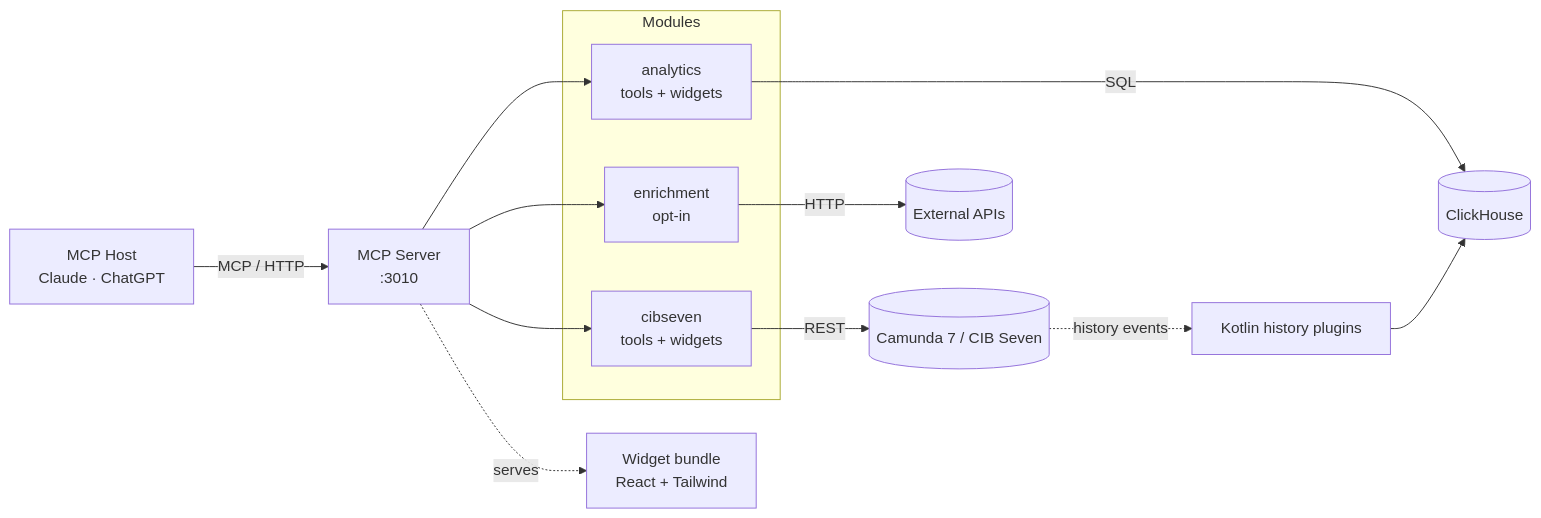
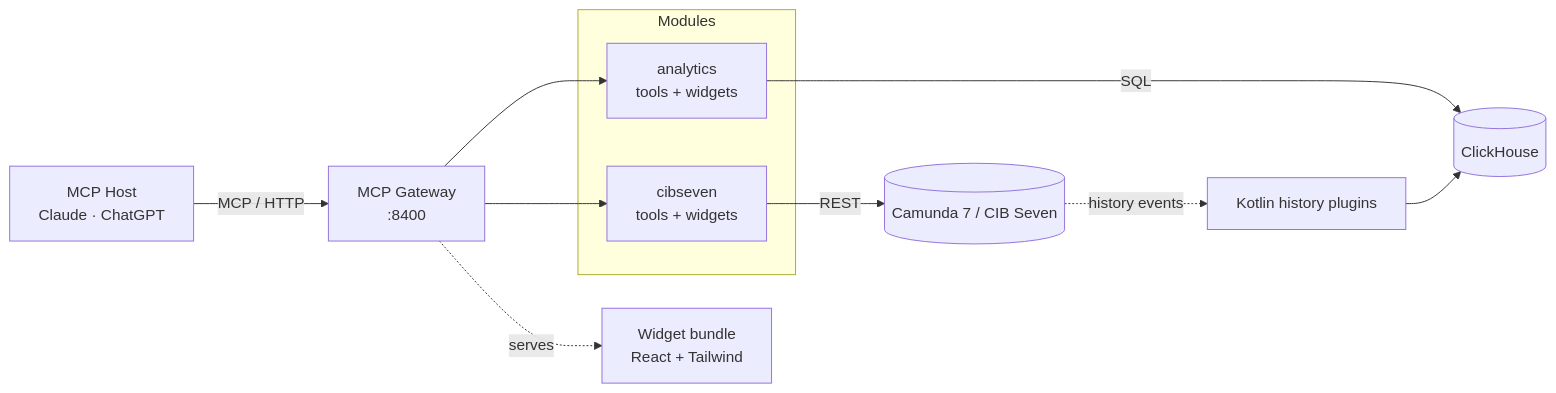
Before and after one commit to Miragon/miragon-ai: the diagram in docs/architecture.md, drawn with Mermaid. The commit also changed other lines of this file and 334 other files, not shown here.

````diff
--- a/docs/architecture.md
+++ b/docs/architecture.md
@@ -10,23 +10,20 @@
 ```mermaid
 flowchart LR
-  Host[MCP Host<br/>Claude · ChatGPT] -->|MCP / HTTP| Server[MCP Server<br/>:3010]
+  Host[MCP Host<br/>Claude · ChatGPT] -->|MCP / HTTP| Server[MCP Gateway<br/>:8400]
 
   subgraph Modules
     Cibseven[cibseven<br/>tools + widgets]
     Analytics[analytics<br/>tools + widgets]
-    Enrichment[enrichment<br/>opt-in]
   end
 
   Server --> Cibseven
   Server --> Analytics
-  Server --> Enrichment
 
   Cibseven -->|REST| Engine[(Camunda 7 / CIB Seven)]
   Analytics -->|SQL| CH[(ClickHouse)]
-  Enrichment -->|HTTP| External[(External APIs)]
 
   Engine -. history events .-> Plugins[Kotlin history plugins]
   Plugins --> CH
 
   Server -. serves .-> Widgets[Widget bundle<br/>React + Tailwind]
 ```
````
